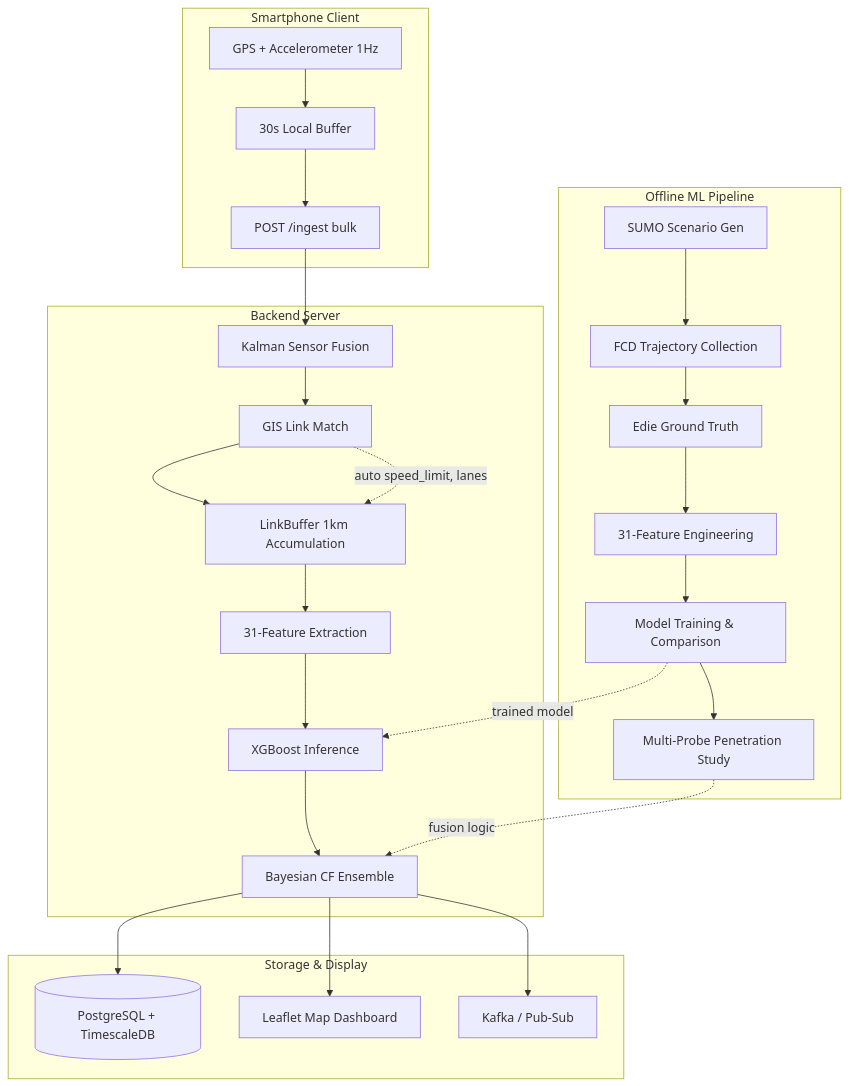
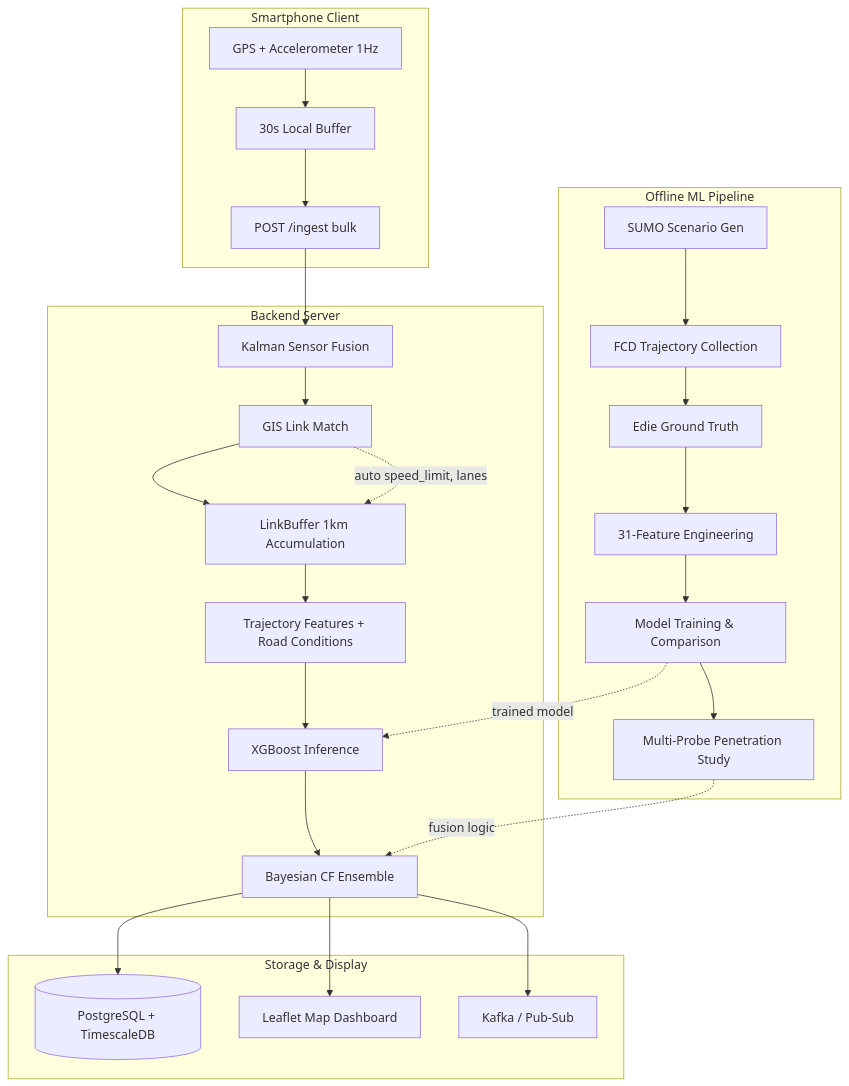
One commit to sewon-p/ml_project changed the first of 4 diagrams in README.md. Above: the diagram before and after it, drawn with Mermaid. The commit also changed other lines of this file and 1 other file, not shown here.

````diff
--- a/README.md
+++ b/README.md
@@ -54,34 +54,34 @@
 ```mermaid
 graph TB
     subgraph Offline["Offline ML Pipeline"]
         A[SUMO Scenario Gen] --> B[FCD Trajectory Collection]
         B --> C[Edie Ground Truth]
         C --> D[31-Feature Engineering]
         D --> E[Model Training & Comparison]
         E --> F[Multi-Probe Penetration Study]
     end
 
     subgraph Phone["Smartphone Client"]
         G[GPS + Accelerometer 1Hz] --> H[30s Local Buffer]
         H --> I[POST /ingest bulk]
     end
 
     subgraph Server["Backend Server"]
         I --> J[Kalman Sensor Fusion]
         J --> K[GIS Link Match]
         K --> L[LinkBuffer 1km Accumulation]
-        L --> M[31-Feature Extraction]
+        L --> M[Trajectory Features + Road Conditions]
         M --> N[XGBoost Inference]
         N --> O[Bayesian CF Ensemble]
     end
 
     subgraph Output["Storage & Display"]
         O --> P[(PostgreSQL + TimescaleDB)]
         O --> Q[Leaflet Map Dashboard]
         O --> R[Kafka / Pub-Sub]
     end
 
     E -.->|trained model| N
     F -.->|fusion logic| O
     K -.->|auto speed_limit, lanes| L
 ```
````
